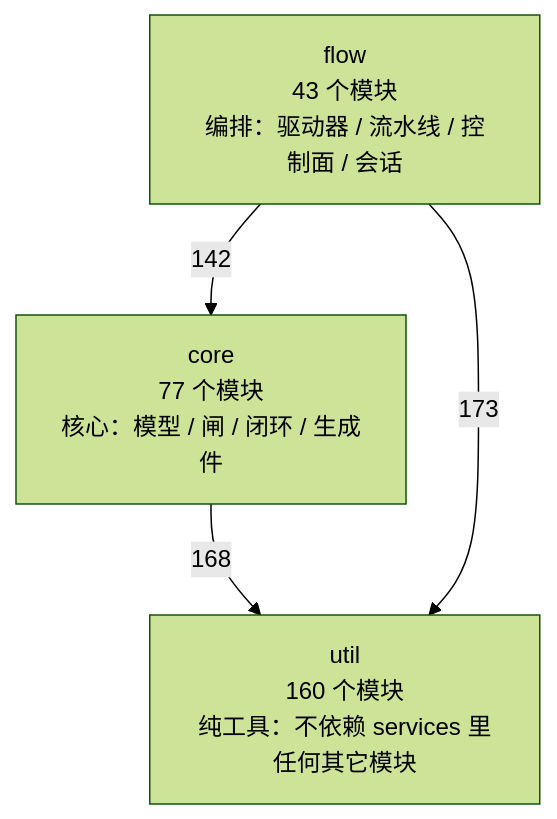
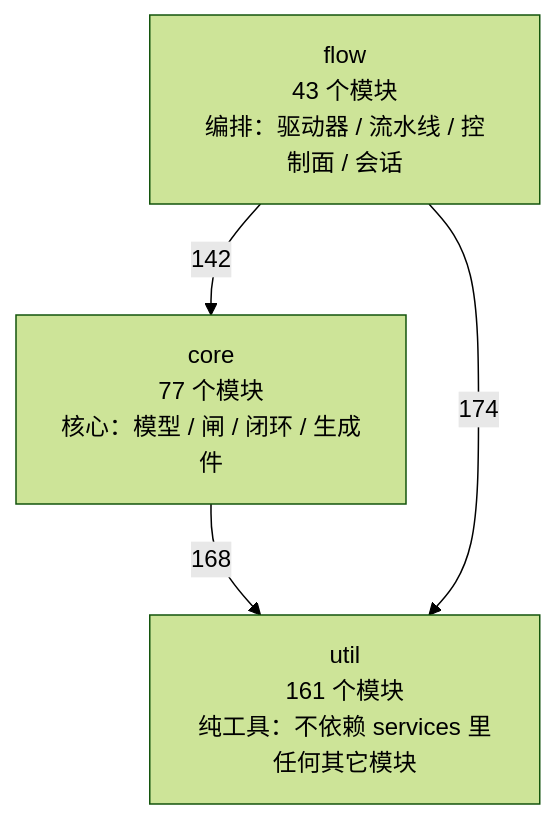
Before and after one commit to 2686521696/WhyBuddy: the first of 4 diagrams in docs/SlideRule V6.2 架构图（自动生成）.md, drawn with Mermaid (forest theme). The commit also changed other lines of this file and 13 other files, not shown here.

````diff
--- a/docs/SlideRule V6.2 架构图（自动生成）.md
+++ b/docs/SlideRule V6.2 架构图（自动生成）.md
@@ -50,9 +50,9 @@
 ```mermaid
 flowchart TB
-  util["util<br/>160 个模块<br/>纯工具：不依赖 services 里任何其它模块"]
+  util["util<br/>161 个模块<br/>纯工具：不依赖 services 里任何其它模块"]
   core["core<br/>77 个模块<br/>核心：模型 / 闸 / 闭环 / 生成件"]
   flow["flow<br/>43 个模块<br/>编排：驱动器 / 流水线 / 控制面 / 会话"]
   core -->|168| util
   flow -->|142| core
-  flow -->|173| util
+  flow -->|174| util
 ```
````
